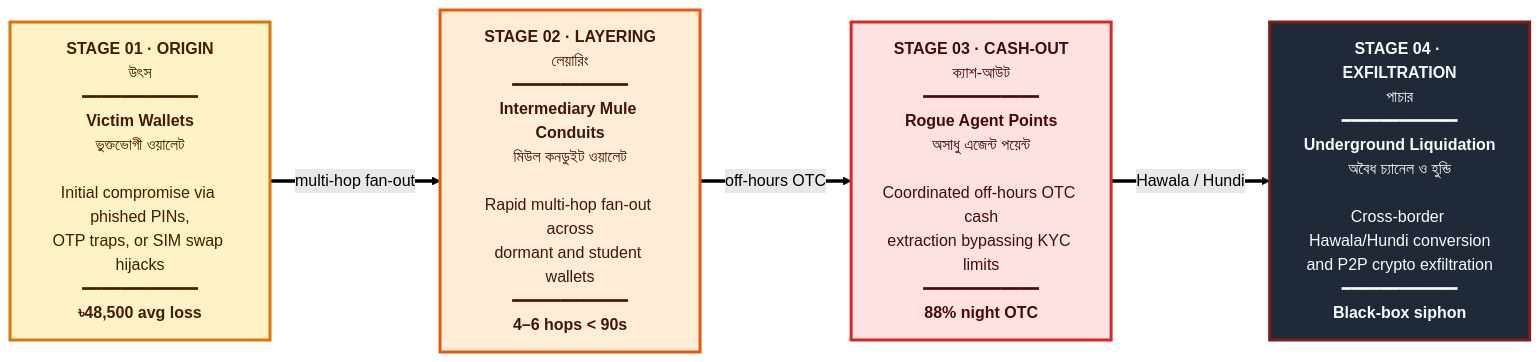
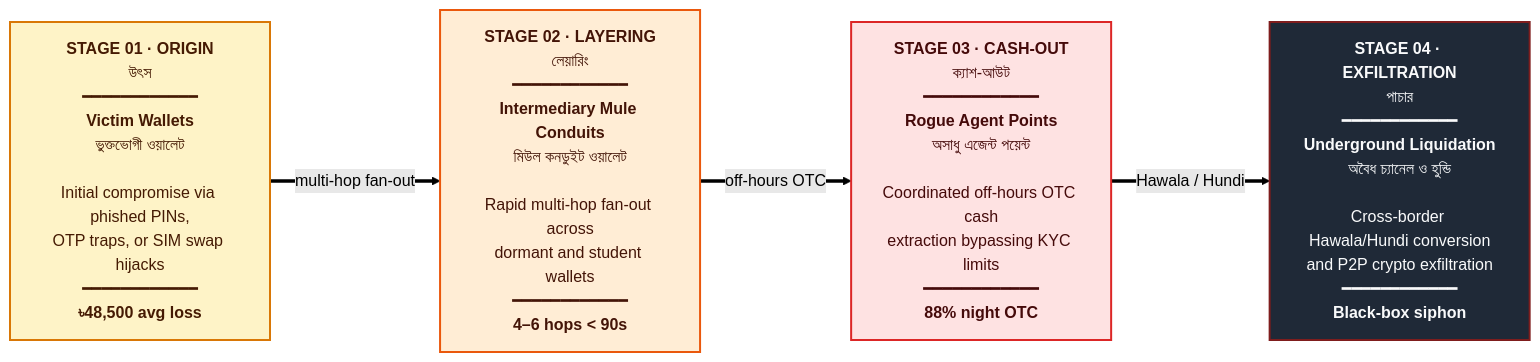
Before and after one commit to BornilMahmud/AI_DEV_FEST080: the second of 2 diagrams in README.md, drawn with Mermaid (forest theme). The commit also changed other lines of this file and 156 other files, not shown here.

````diff
--- a/README.md
+++ b/README.md
@@ -111,21 +140,21 @@
 ```mermaid
 flowchart LR
     S1["<b>STAGE 01 · ORIGIN</b><br/>উৎস<br/>━━━━━━━━━━━━<br/><b>Victim Wallets</b><br/>ভুক্তভোগী ওয়ালেট<br/><br/>Initial compromise via phished PINs,<br/>OTP traps, or SIM swap hijacks<br/>━━━━━━━━━━━━<br/><b>৳48,500 avg loss</b>"]
-    S2["<b>STAGE 02 · LAYERING</b><br/>লেয়ারিং<br/>━━━━━━━━━━━━<br/><b>Intermediary Mule Conduits</b><br/>মিউল কনডুইট ওয়ালেট<br/><br/>Rapid multi-hop fan-out across<br/>dormant and student wallets<br/>━━━━━━━━━━━━<br/><b>4–6 hops #lt; 90s</b>"]
+    S2["<b>STAGE 02 · LAYERING</b><br/>লেয়ারিং<br/>━━━━━━━━━━━━<br/><b>Intermediary Mule Conduits</b><br/>মিউল কনডুইট ওয়ালেট<br/><br/>Rapid multi-hop fan-out across<br/>dormant and student wallets<br/>━━━━━━━━━━━━<br/><b>4–6 hops &lt; 90s</b>"]
     S3["<b>STAGE 03 · CASH-OUT</b><br/>ক্যাশ-আউট<br/>━━━━━━━━━━━━<br/><b>Rogue Agent Points</b><br/>অসাধু এজেন্ট পয়েন্ট<br/><br/>Coordinated off-hours OTC cash<br/>extraction bypassing KYC limits<br/>━━━━━━━━━━━━<br/><b>88% night OTC</b>"]
     S4["<b>STAGE 04 · EXFILTRATION</b><br/>পাচার<br/>━━━━━━━━━━━━<br/><b>Underground Liquidation</b><br/>অবৈধ চ্যানেল ও হুন্ডি<br/><br/>Cross-border Hawala/Hundi conversion<br/>and P2P crypto exfiltration<br/>━━━━━━━━━━━━<br/><b>Black-box siphon</b>"]
 
     S1 ==>|"multi-hop fan-out"| S2
     S2 ==>|"off-hours OTC"| S3
     S3 ==>|"Hawala / Hundi"| S4
 
-    classDef origin fill:#FEF3C7,stroke:#D97706,stroke-width:3px,color:#451A03
-    classDef layering fill:#FFEDD5,stroke:#EA580C,stroke-width:3px,color:#431407
-    classDef cashout fill:#FEE2E2,stroke:#DC2626,stroke-width:3px,color:#450A0A
-    classDef exfil fill:#1F2937,stroke:#7F1D1D,stroke-width:3px,color:#F9FAFB
+    classDef origin fill:#FEF3C7,stroke:#D97706,stroke-width:2px,color:#451A03
+    classDef layering fill:#FFEDD5,stroke:#EA580C,stroke-width:2px,color:#431407
+    classDef cashout fill:#FEE2E2,stroke:#DC2626,stroke-width:2px,color:#450A0A
+    classDef exfil fill:#1F2937,stroke:#7F1D1D,stroke-width:2px,color:#F9FAFB
 
     class S1 origin
     class S2 layering
     class S3 cashout
     class S4 exfil
 ```
````
